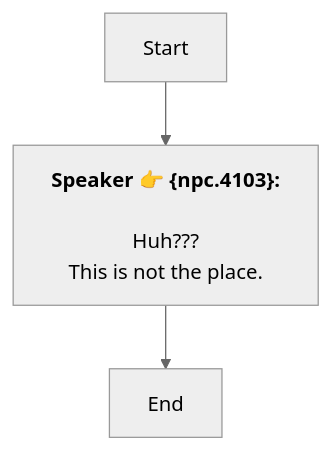
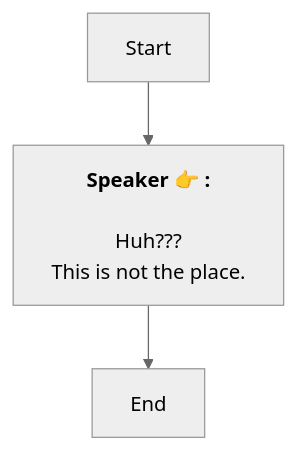
One commit to SoftHu/tos_avg changed the diagram in En/QuestStartTalkENode_1741647454314757.md. Above: the diagram before and after it, drawn with Mermaid (neutral theme). The commit also changed 737 other files, not shown here.

````diff
--- a/En/QuestStartTalkENode_1741647454314757.md
+++ b/En/QuestStartTalkENode_1741647454314757.md
@@ -1,9 +1,7 @@
 ```mermaid
 graph
-Start -->1741647485986065[<b>Speaker 👉 &lbrace;npc.4103&rbrace;:</b>
-
-Huh???
-This is not the place.]
+Start -->1741647485986065[<b>Speaker 👉 :</b>
+\nHuh???\nThis is not the place.]
 1741647485986065 -->1741647538665757[End]
 
- ```
+```
````
